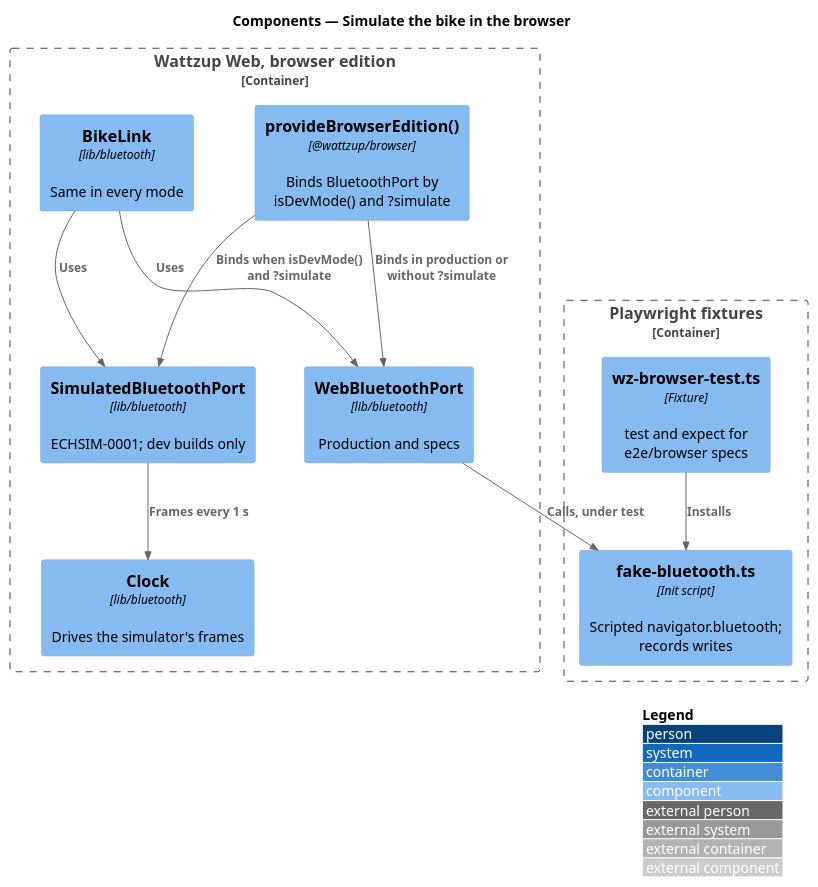
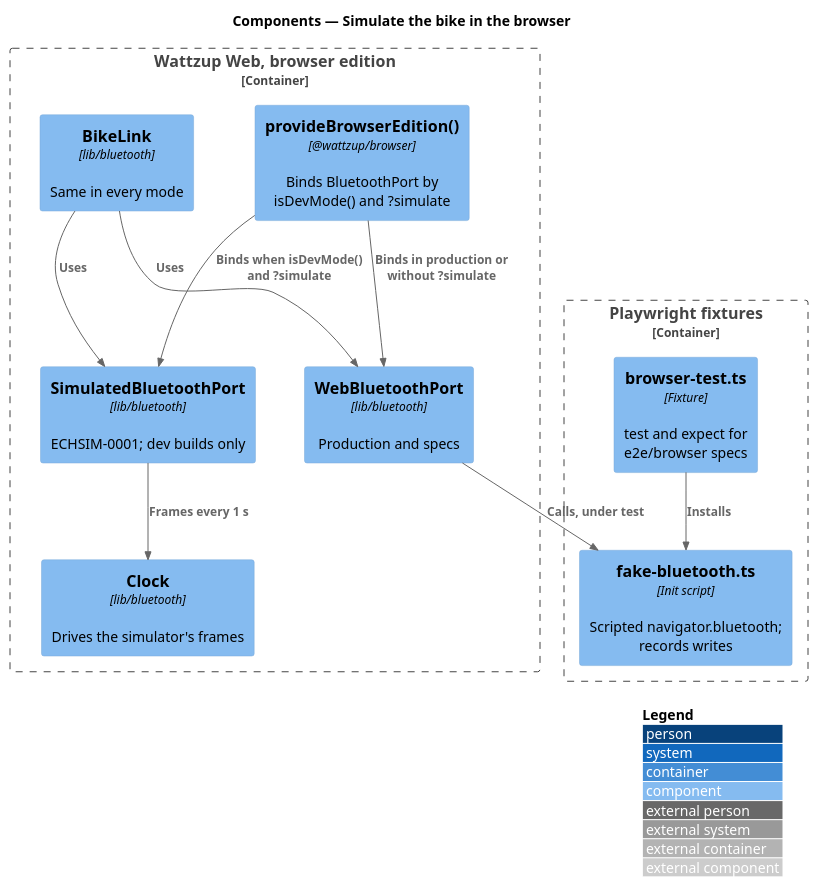
The diagram in docs/detailed-designs/browser-edition/simulate-bike-in-browser/diagrams/c4-component.puml (QuinntyneBrown/ride-one), drawn with PlantUML before and after one commit. The commit also changed 13 other files, not shown here.

```diff
--- a/docs/detailed-designs/browser-edition/simulate-bike-in-browser/diagrams/c4-component.puml
+++ b/docs/detailed-designs/browser-edition/simulate-bike-in-browser/diagrams/c4-component.puml
@@ -1,24 +1,24 @@
 @startuml
 !include <C4/C4_Component>
 LAYOUT_WITH_LEGEND()
 title Components — Simulate the bike in the browser
 
 Container_Boundary(app, "Wattzup Web, browser edition") {
   Component(provide, "provideBrowserEdition()", "@wattzup/browser", "Binds BluetoothPort by isDevMode() and ?simulate")
   Component(link, "BikeLink", "lib/bluetooth", "Same in every mode")
   Component(web, "WebBluetoothPort", "lib/bluetooth", "Production and specs")
   Component(sim, "SimulatedBluetoothPort", "lib/bluetooth", "ECHSIM-0001; dev builds only")
   Component(clock, "Clock", "lib/bluetooth", "Drives the simulator's frames")
 }
 Container_Boundary(fx, "Playwright fixtures") {
   Component(fake, "fake-bluetooth.ts", "Init script", "Scripted navigator.bluetooth; records writes")
-  Component(wzb, "wz-browser-test.ts", "Fixture", "test and expect for e2e/browser specs")
+  Component(wzb, "browser-test.ts", "Fixture", "test and expect for e2e/browser specs")
 }
 Rel(provide, web, "Binds in production or without ?simulate")
 Rel(provide, sim, "Binds when isDevMode() and ?simulate")
 Rel(link, web, "Uses")
 Rel(link, sim, "Uses")
 Rel(sim, clock, "Frames every 1 s")
 Rel(web, fake, "Calls, under test")
 Rel(wzb, fake, "Installs")
 @enduml
```
